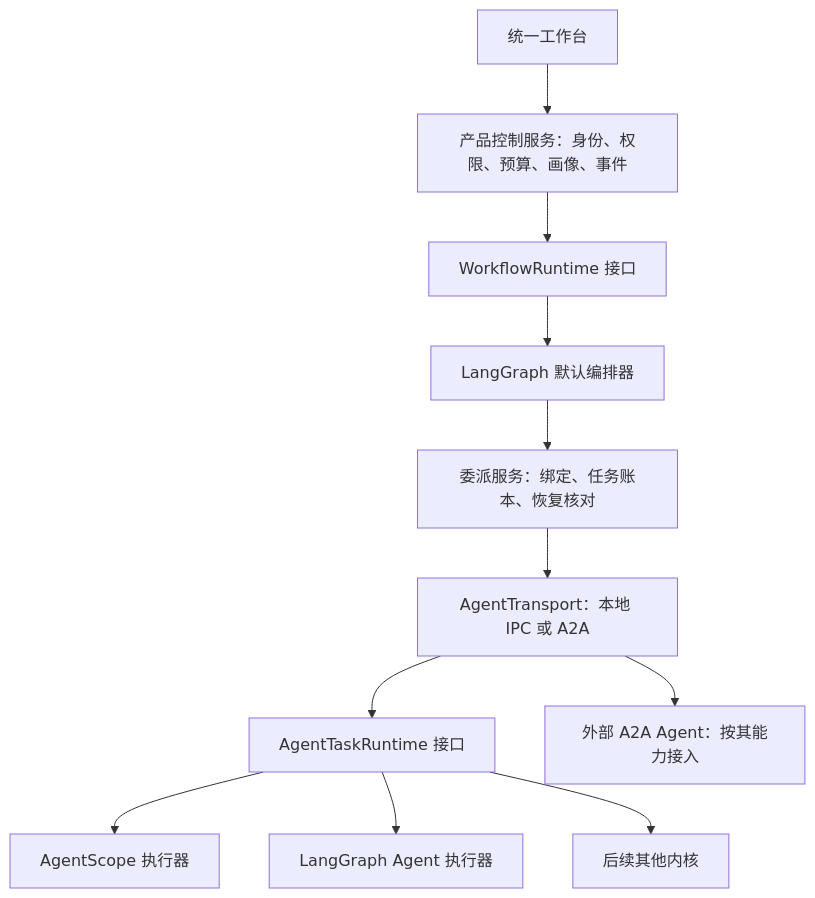
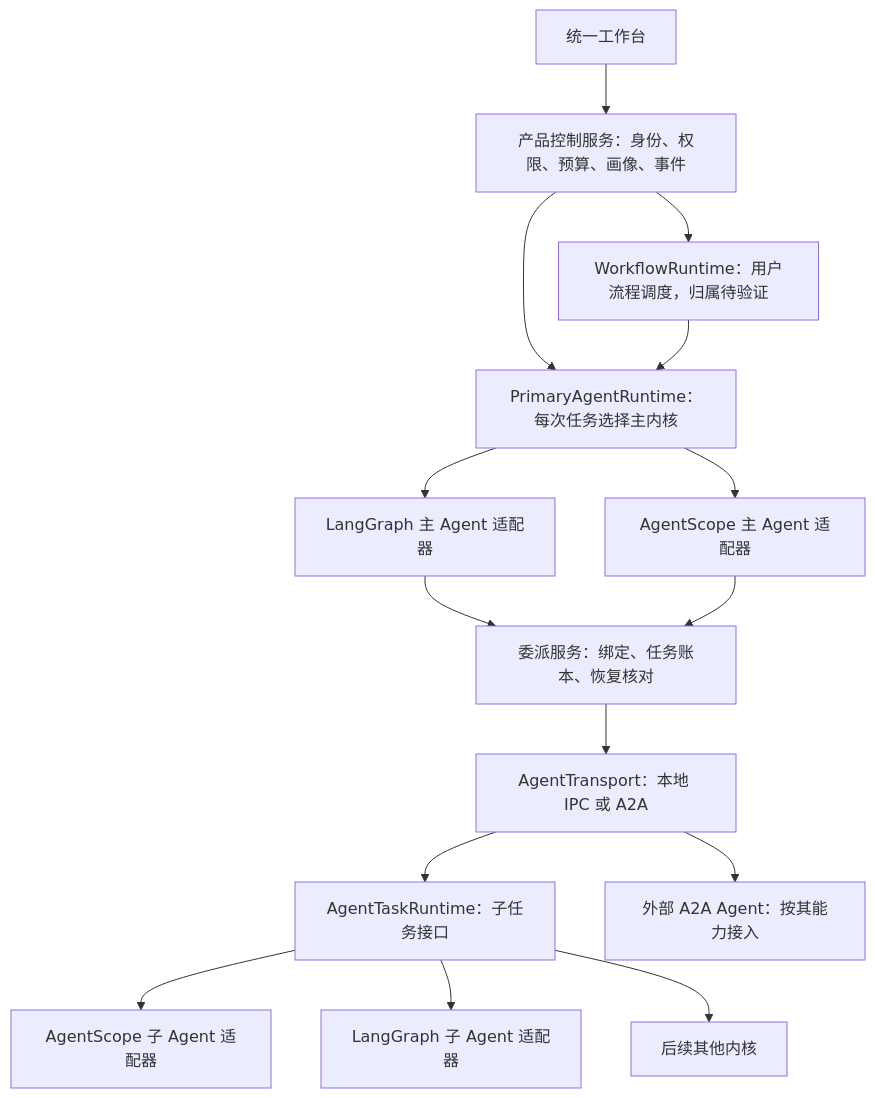
One commit to zhangtianhong-1998/xuanyue-data-agent changed the diagram in docs/architecture/08-runtime-interoperability.md. Above: the diagram before and after it, drawn with Mermaid. The commit also changed other lines of this file and 18 other files, not shown here.

````diff
--- a/docs/architecture/08-runtime-interoperability.md
+++ b/docs/architecture/08-runtime-interoperability.md
@@ -23,13 +23,17 @@
 ```mermaid
 flowchart TD
   UI[统一工作台] --> C[产品控制服务：身份、权限、预算、画像、事件]
-  C --> W[WorkflowRuntime 接口]
-  W --> LG[LangGraph 默认编排器]
+  C --> P[PrimaryAgentRuntime：每次任务选择主内核]
+  P --> LG[LangGraph 主 Agent 适配器]
+  P --> AS[AgentScope 主 Agent 适配器]
+  C --> W[WorkflowRuntime：用户流程调度，归属待验证]
+  W --> P
   LG --> D[委派服务：绑定、任务账本、恢复核对]
+  AS --> D
   D --> T[AgentTransport：本地 IPC 或 A2A]
-  T --> E[AgentTaskRuntime 接口]
-  E --> AS[AgentScope 执行器]
-  E --> LE[LangGraph Agent 执行器]
+  T --> E[AgentTaskRuntime：子任务接口]
+  E --> AE[AgentScope 子 Agent 适配器]
+  E --> LE[LangGraph 子 Agent 适配器]
   E --> O[后续其他内核]
   T --> EXT[外部 A2A Agent：按其能力接入]
 ```
````
